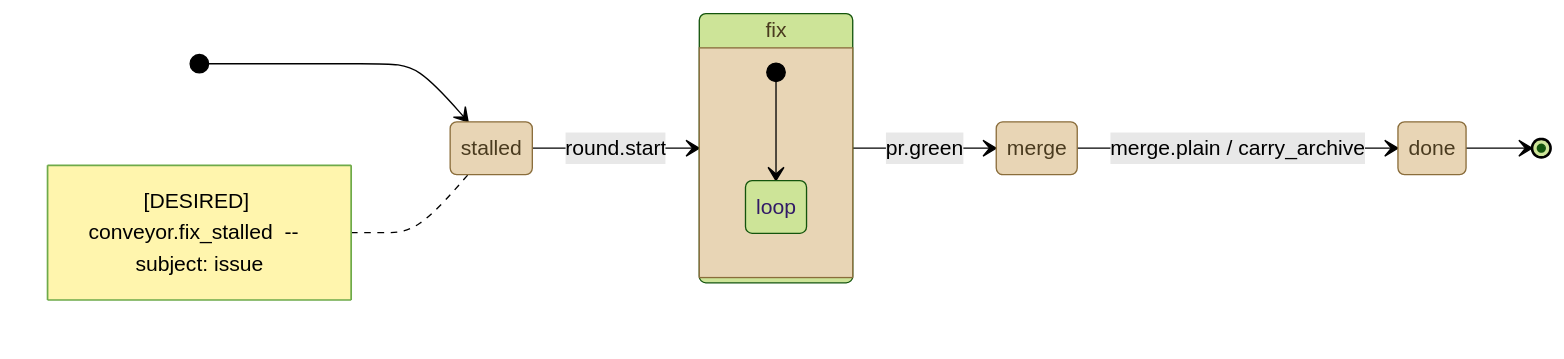
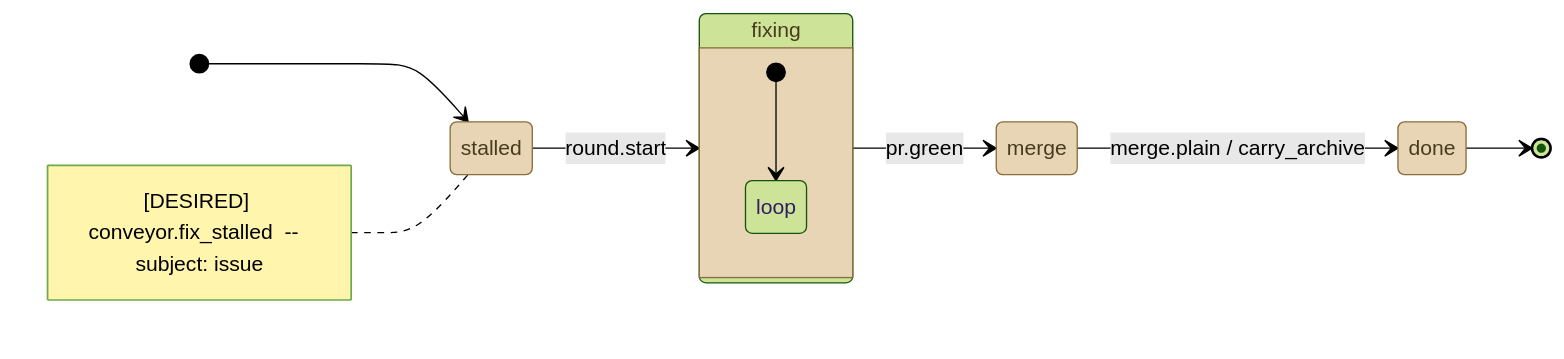
Before and after one commit to kostiantyn-matsebora/agent-ops-operator: the diagram in .github/conveyor-model/mermaid/desired/conveyor_fix_stalled.mmd, drawn with Mermaid (forest theme). The commit also changed 2 other files, not shown here.

Commit message:
fix(conveyor): gerund naming for in-progress states, implementing/fixing
proposing already named an in-progress station as a gerund -- a session is
actively at work there, same as ready/proposed/done/stalled/merge name
settled facts, not activity. implement and fix did not follow that rule,
despite being the same kind of state (both carry invokes: loop or an
active session).

Renamed to implementing (conveyor.implement) and fixing
(conveyor.fix_stalled), diverging deliberately from conveyor.py's current
real station label spelling -- this file models the target design, not
today's shipped vocabulary.

```diff
--- a/.github/conveyor-model/mermaid/desired/conveyor_fix_stalled.mmd
+++ b/.github/conveyor-model/mermaid/desired/conveyor_fix_stalled.mmd
@@ -1,21 +1,21 @@
 stateDiagram-v2
     direction LR
     [*] --> stalled
     note left of stalled
         [DESIRED] conveyor.fix_stalled  --  subject: issue
     end note
     classDef stationState fill:#e8d5b5,stroke:#8a6d3b,color:#4a3b1f
     classDef loopState fill:#c9e4de,stroke:#2f6b5e,color:#1a3b33
     state stalled
-    state fix
+    state fixing
     state merge
     state done
-    stalled --> fix : round.start
-    fix --> merge : pr.green
+    stalled --> fixing : round.start
+    fixing --> merge : pr.green
     merge --> done : merge.plain / carry_archive
     done --> [*]
-    class stalled, fix, merge, done stationState
-    state fix {
+    class stalled, fixing, merge, done stationState
+    state fixing {
         [*] --> loop
         state "loop" as loop
     }
```
